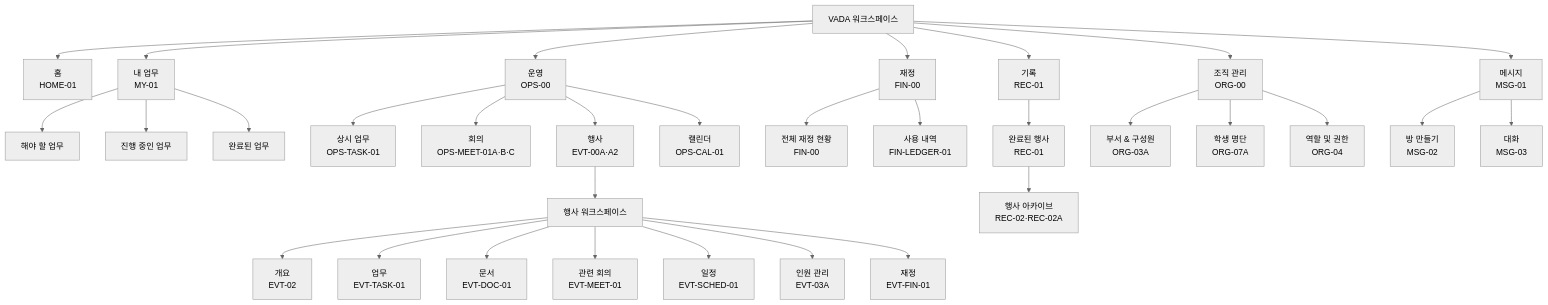
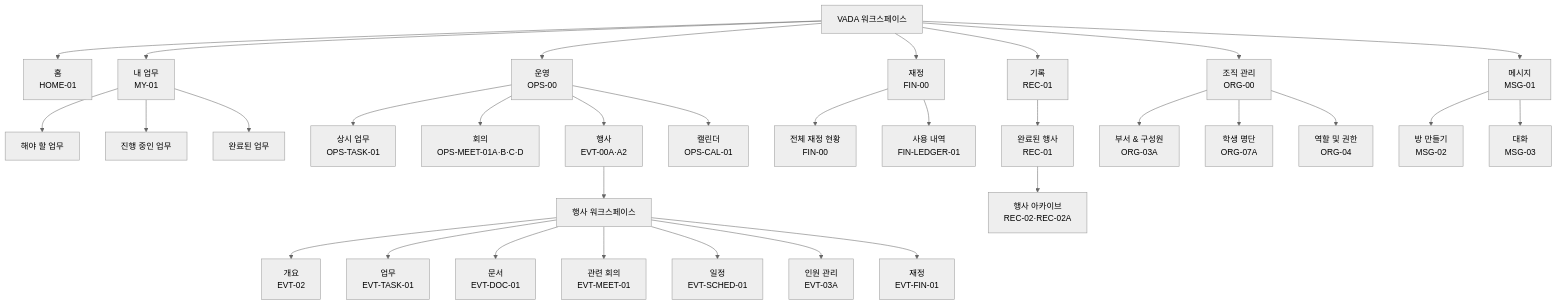
One commit to vada-hq/vada changed the first of 4 diagrams in docs/VADA_MENU_STRUCTURE.md. Above: the diagram before and after it, drawn with Mermaid (neutral theme). The commit also changed other lines of this file and 2 other files, not shown here.

````diff
--- a/docs/VADA_MENU_STRUCTURE.md
+++ b/docs/VADA_MENU_STRUCTURE.md
@@ -22,43 +22,43 @@
 ```mermaid
 flowchart TB
     V["VADA 워크스페이스"]
 
     V --> H["홈<br/>HOME-01"]
     V --> M["내 업무<br/>MY-01"]
     V --> O["운영<br/>OPS-00"]
     V --> F["재정<br/>FIN-00"]
     V --> R["기록<br/>REC-01"]
     V --> G["조직 관리<br/>ORG-00"]
     V --> S["메시지<br/>MSG-01"]
 
     M --> M1["해야 할 업무"]
     M --> M2["진행 중인 업무"]
     M --> M3["완료된 업무"]
 
     O --> O1["상시 업무<br/>OPS-TASK-01"]
-    O --> O2["회의<br/>OPS-MEET-01A·B·C"]
+    O --> O2["회의<br/>OPS-MEET-01A·B·C·D"]
     O --> O3["행사<br/>EVT-00A·A2"]
     O --> O4["캘린더<br/>OPS-CAL-01"]
 
     O3 --> E0["행사 워크스페이스"]
     E0 --> E1["개요<br/>EVT-02"]
     E0 --> E2["업무<br/>EVT-TASK-01"]
     E0 --> E3["문서<br/>EVT-DOC-01"]
     E0 --> E4["관련 회의<br/>EVT-MEET-01"]
     E0 --> E5["일정<br/>EVT-SCHED-01"]
     E0 --> E6["인원 관리<br/>EVT-03A"]
     E0 --> E7["재정<br/>EVT-FIN-01"]
 
     F --> F1["전체 재정 현황<br/>FIN-00"]
     F --> F3["사용 내역<br/>FIN-LEDGER-01"]
 
     R --> R1["완료된 행사<br/>REC-01"]
     R1 --> R2["행사 아카이브<br/>REC-02·REC-02A"]
 
     G --> G1["부서 & 구성원<br/>ORG-03A"]
     G --> G2["학생 명단<br/>ORG-07A"]
     G --> G3["역할 및 권한<br/>ORG-04"]
 
     S --> S1["방 만들기<br/>MSG-02"]
     S --> S2["대화<br/>MSG-03"]
 ```
````
